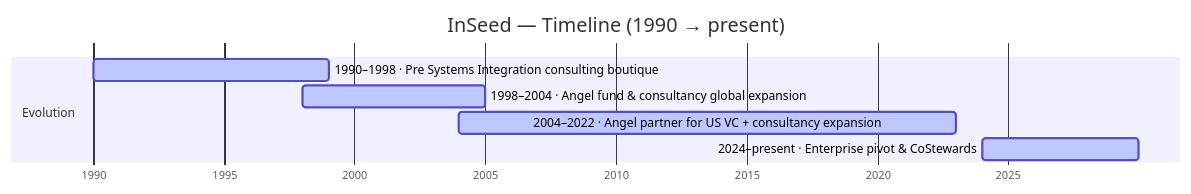
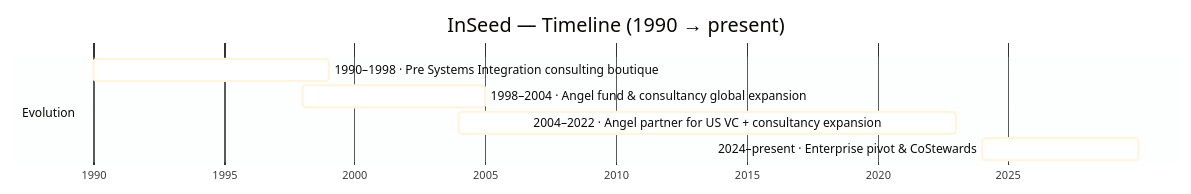
The diagram in docs/diagrams/render/inseed-timeline.mmd (rickballard/CoCivium), drawn with Mermaid before and after one commit. The commit also changed 2 other files, not shown here.

Commit message:
diagrams(style): apply high-contrast Mermaid init + classDefs to render/*.mmd [20251028T195513Z]

```diff
--- a/docs/diagrams/render/inseed-timeline.mmd
+++ b/docs/diagrams/render/inseed-timeline.mmd
@@ -1,12 +1,21 @@
+%%{init: {
+  'theme': 'base',
+  'themeVariables': { 'fontSize':'14px','fontFamily':'Inter,Segoe UI,Arial,sans-serif',
+    'textColor':'#0b0b0b','lineColor':'#1f2328',
+    'ganttTaskTextColor':'#0b0b0b','ganttAxisTextColor':'#2e2e2e','ganttAxisLineColor':'#9aa4b2',
+    'ganttBarFill':'#d7eaff','ganttBarStroke':'#0a66c2','tertiaryColor':'#f6f8fa'} } }%%
 gantt
 dateFormat  YYYY-MM-DD
 axisFormat  %Y
+tickInterval 1year
 title InSeed — Timeline (1990 → present)
+excludes weekends
+todayMarker stroke-width 2px
 
 section Evolution
 1990–1998 · Pre Systems Integration consulting boutique :active, 1990-01-01, 1998-12-31
 1998–2004 · Angel fund & consultancy global expansion :active, 1998-01-01, 2004-12-31
 2004–2022 · Angel partner for US VC + consultancy expansion :active, 2004-01-01, 2022-12-31
 2024–present · Enterprise pivot & CoStewards :active, 2024-01-01, 2029-12-31
 
-%% Notes (hover tooltips not supported in GH; captured in JSON source)
+%% Notes live in JSON: docs/diagrams/data/inseed.timeline.json
```
